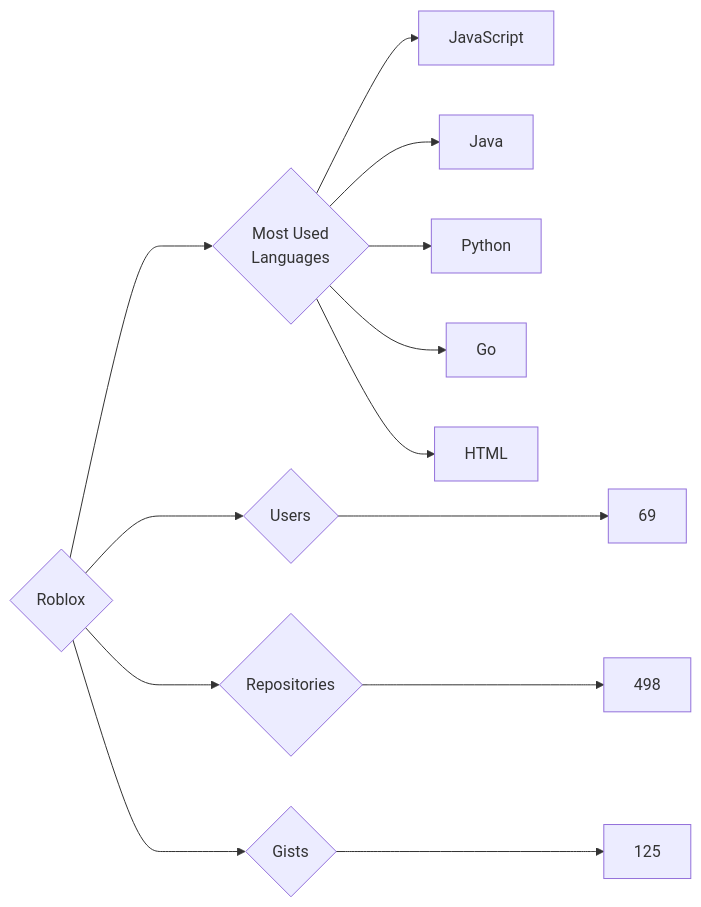
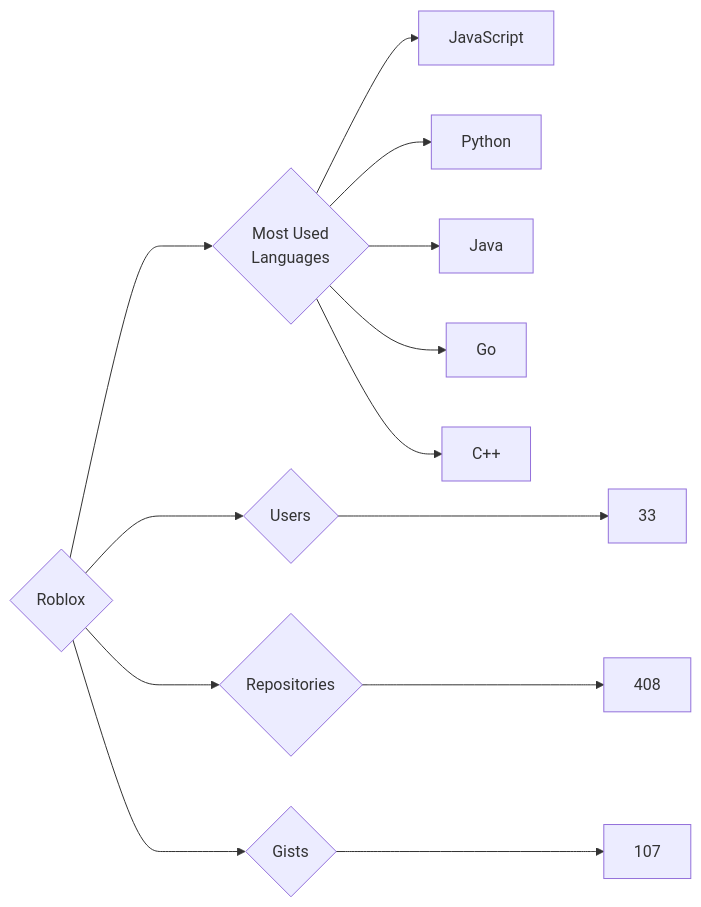
The diagram in targets/Roblox/README.md (trickest/insiders), drawn with Mermaid before and after one commit. The commit also changed 948 other files, not shown here.

````diff
--- a/targets/Roblox/README.md
+++ b/targets/Roblox/README.md
@@ -3,13 +3,13 @@
 ```mermaid
 graph LR
 COMPANY_NAME{Roblox}
-COMPANY_NAME ---> U{Users} ---> UN[69]
-COMPANY_NAME ---> R{Repositories} ---> RN[498]
-COMPANY_NAME ---> G{Gists} ---> GN[125]
+COMPANY_NAME ---> U{Users} ---> UN[33]
+COMPANY_NAME ---> R{Repositories} ---> RN[408]
+COMPANY_NAME ---> G{Gists} ---> GN[107]
 COMPANY_NAME ---> ML{Most Used<br>Languages}
 ML --> JavaScript[JavaScript]
+ML --> Python[Python]
 ML --> Java[Java]
-ML --> Python[Python]
 ML --> Go[Go]
-ML --> HTML[HTML]
+ML --> C++[C++]
 ```
````
